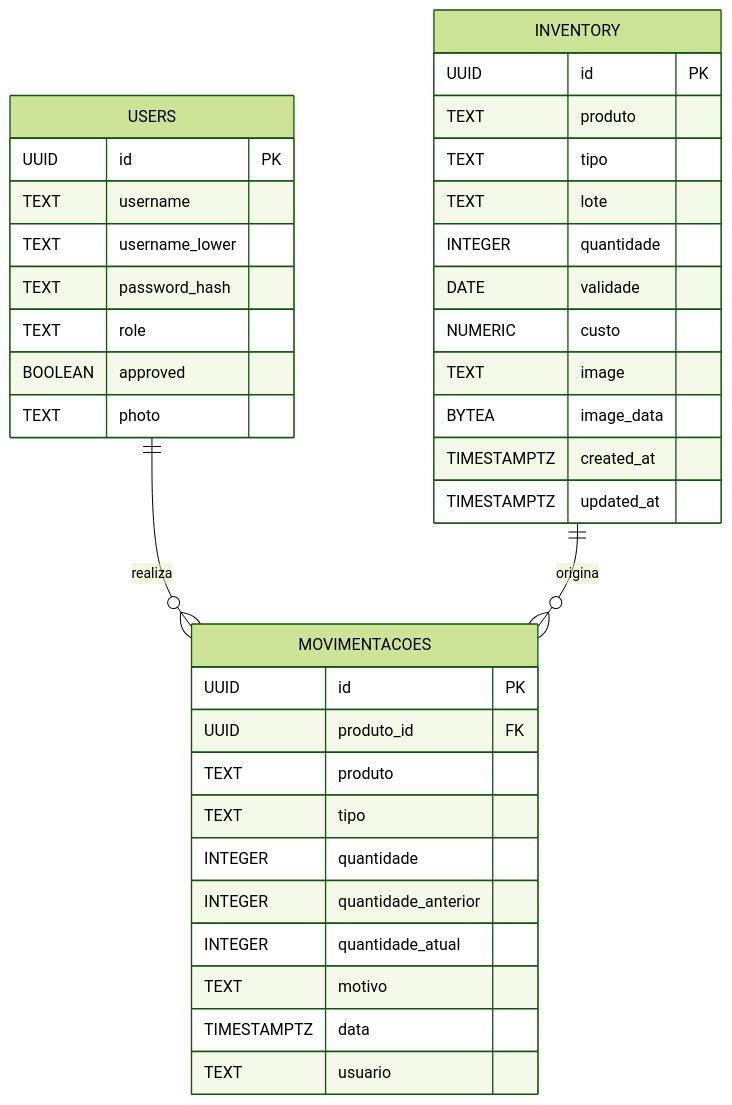
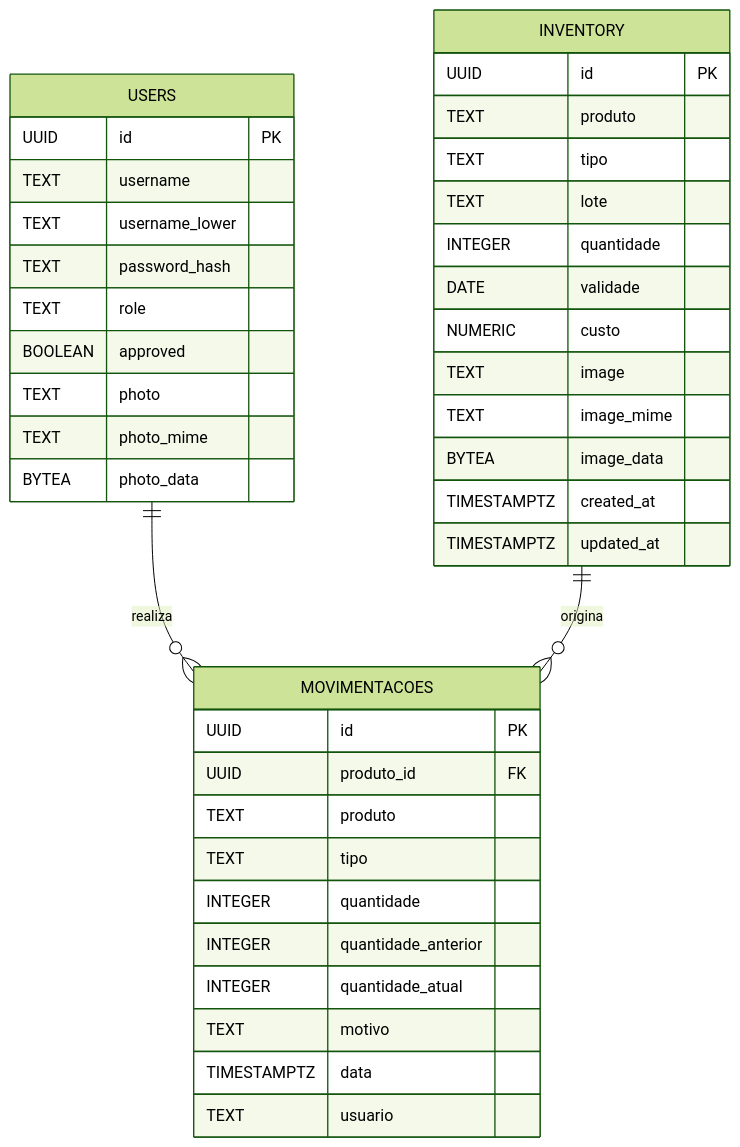
The diagram in docs/modelo-conceitual.md (ithalloantunes/projeto-estoque), drawn with Mermaid (forest theme) before and after one commit. The commit also changed other lines of this file and 7 other files, not shown here.

````diff
--- a/docs/modelo-conceitual.md
+++ b/docs/modelo-conceitual.md
@@ -7,42 +7,45 @@
 ```mermaid
 erDiagram
     USERS ||--o{ MOVIMENTACOES : "realiza"
     INVENTORY ||--o{ MOVIMENTACOES : "origina"
 
     USERS {
         UUID id PK
         TEXT username
         TEXT username_lower
         TEXT password_hash
         TEXT role
         BOOLEAN approved
         TEXT photo
+        TEXT photo_mime
+        BYTEA photo_data
     }
 
     INVENTORY {
         UUID id PK
         TEXT produto
         TEXT tipo
         TEXT lote
         INTEGER quantidade
         DATE validade
         NUMERIC custo
         TEXT image
+        TEXT image_mime
         BYTEA image_data
         TIMESTAMPTZ created_at
         TIMESTAMPTZ updated_at
     }
 
     MOVIMENTACOES {
         UUID id PK
         UUID produto_id FK
         TEXT produto
         TEXT tipo
         INTEGER quantidade
         INTEGER quantidade_anterior
         INTEGER quantidade_atual
         TEXT motivo
         TIMESTAMPTZ data
         TEXT usuario
     }
 ```
````
